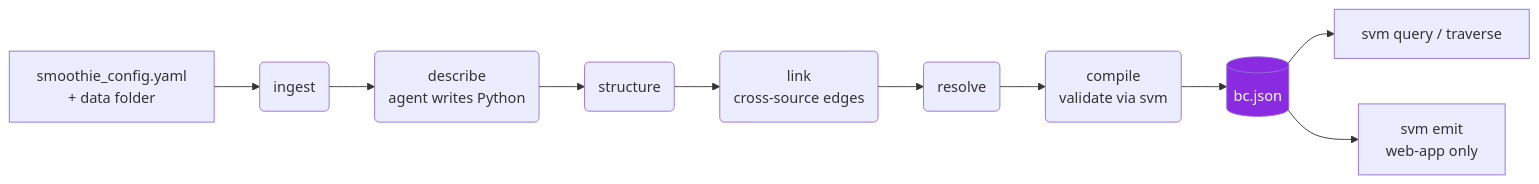
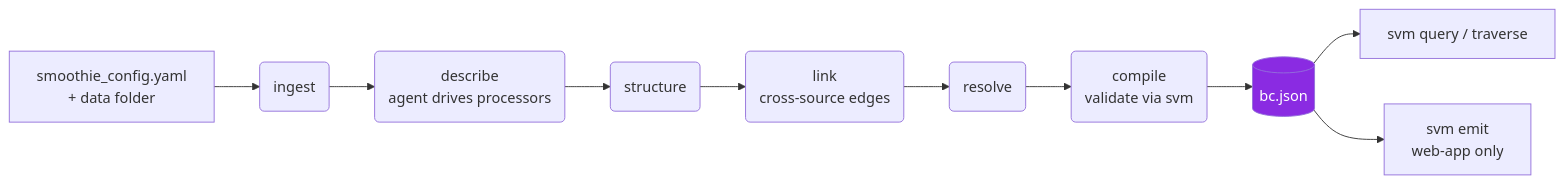
One commit to 4tyone/smoothie changed the diagram in README.md. Above: the diagram before and after it, drawn with Mermaid. The commit also changed other lines of this file and 15 other files, not shown here.

````diff
--- a/README.md
+++ b/README.md
@@ -66,13 +67,13 @@
 ```mermaid
 flowchart LR
     A[smoothie_config.yaml<br/>+ data folder] --> I(ingest)
-    I --> D(describe<br/>agent writes Python)
+    I --> D(describe<br/>agent drives processors)
     D --> S(structure)
     S --> L(link<br/>cross-source edges)
     L --> R(resolve)
     R --> C(compile<br/>validate via svm)
     C --> BC[(bc.json)]
     BC --> Q[svm query / traverse]
     BC --> E[svm emit<br/>web-app only]
     style BC fill:#8a2be2,color:#fff
 ```
````
